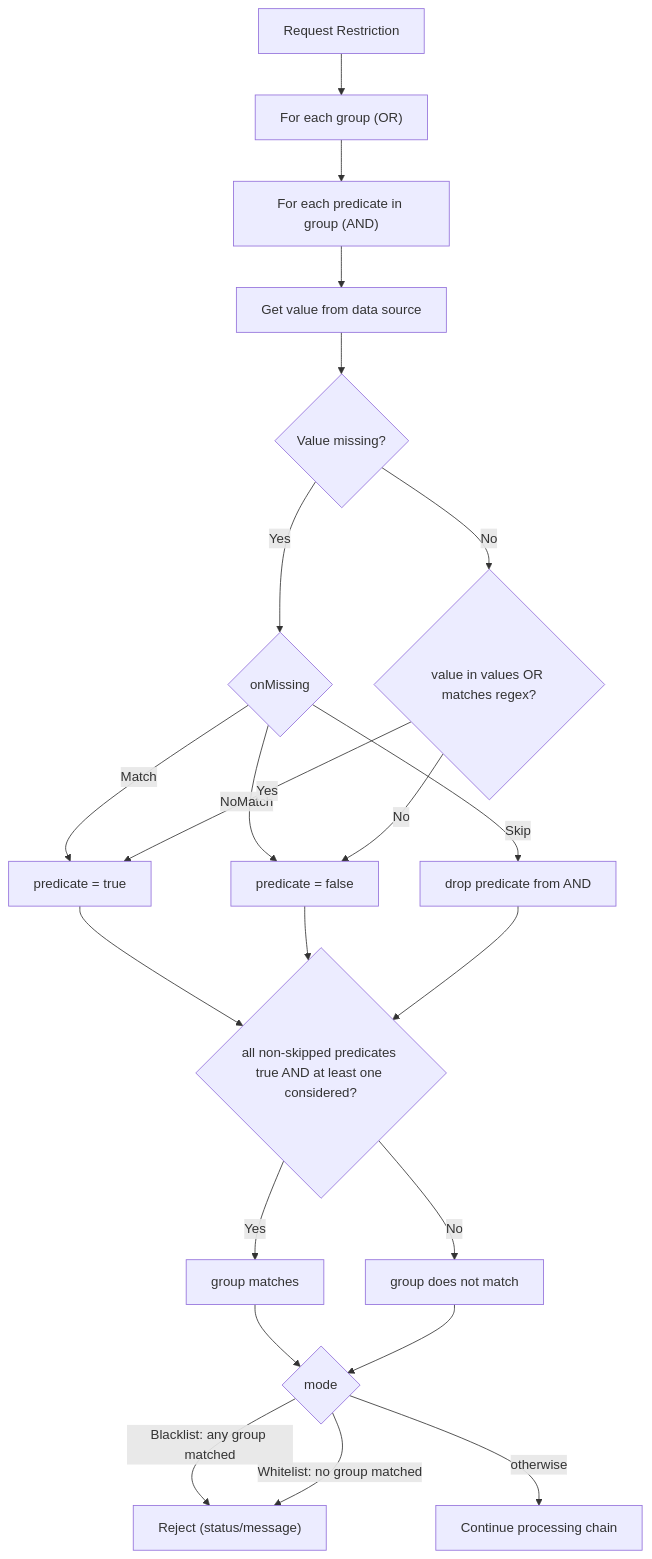
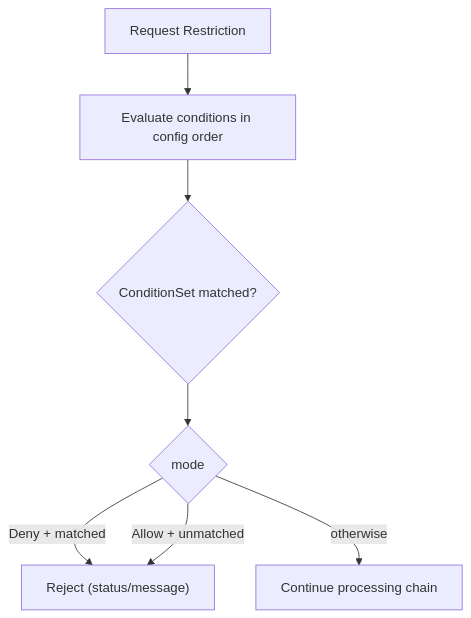
Before and after one commit to Pandaala/Edgion: the diagram in docs/en/user-guide/http-route/filters/edgion-plugins/request-restriction.md, drawn with Mermaid. The commit also changed other lines of this file and 2559 other files, not shown here.

````diff
--- a/docs/en/user-guide/http-route/filters/edgion-plugins/request-restriction.md
+++ b/docs/en/user-guide/http-route/filters/edgion-plugins/request-restriction.md
@@ -152,24 +140,9 @@
 ```mermaid
 flowchart TD
-    A["Request Restriction"] --> B["For each group (OR)"]
-    B --> C["For each predicate in group (AND)"]
-    C --> D["Get value from data source"]
-    D --> E{"Value missing?"}
-    E -->|Yes| F{"onMissing"}
-    F -->|Match| P1["predicate = true"]
-    F -->|NoMatch| P0["predicate = false"]
-    F -->|Skip| PS["drop predicate from AND"]
-    E -->|No| G{"value in values OR matches regex?"}
-    G -->|Yes| P1
-    G -->|No| P0
-    P1 --> H{"all non-skipped predicates true AND at least one considered?"}
-    P0 --> H
-    PS --> H
-    H -->|Yes| M["group matches"]
-    H -->|No| N["group does not match"]
-    M --> J{"mode"}
-    N --> J
-    J -->|"Blacklist: any group matched"| K["Reject (status/message)"]
-    J -->|"Whitelist: no group matched"| K
+    A["Request Restriction"] --> B["Evaluate conditions in config order"]
+    B --> C{"ConditionSet matched?"}
+    C --> J{"mode"}
+    J -->|"Deny + matched"| K["Reject (status/message)"]
+    J -->|"Allow + unmatched"| K
     J -->|otherwise| L["Continue processing chain"]
 ```
````
